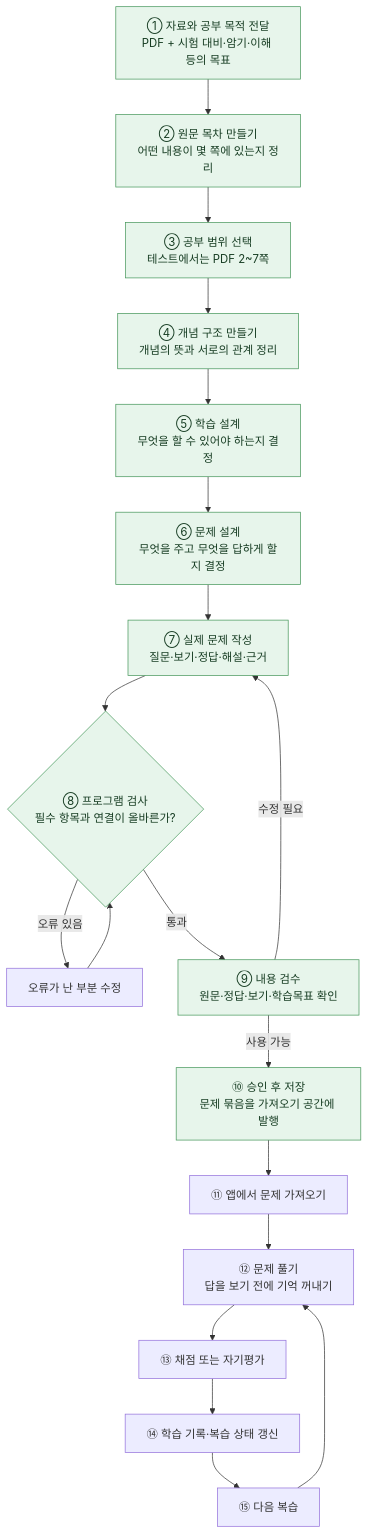
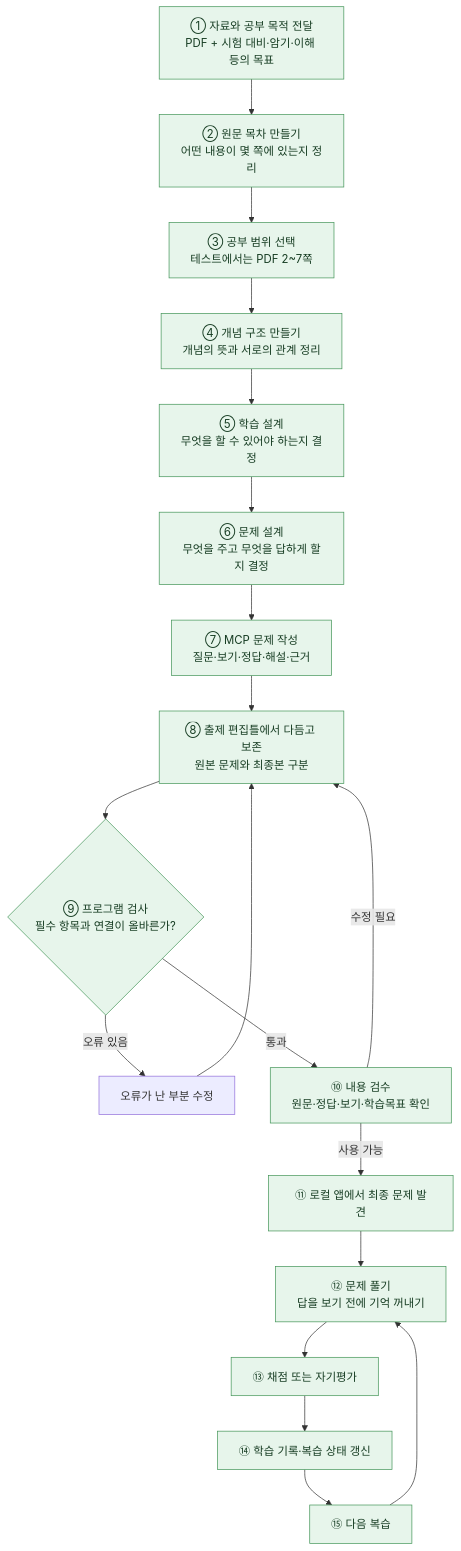
The diagram in docs/product-flow/README.md (starvvolf/EasyMemory), drawn with Mermaid before and after one commit. The commit also changed other lines of this file, not shown here.

Commit message:
docs: update verified local MCP product flow

````diff
--- a/docs/product-flow/README.md
+++ b/docs/product-flow/README.md
@@ -31,27 +33,27 @@
 ```mermaid
 flowchart TD
     A["① 자료와 공부 목적 전달<br/>PDF + 시험 대비·암기·이해 등의 목표"]
     B["② 원문 목차 만들기<br/>어떤 내용이 몇 쪽에 있는지 정리"]
     C["③ 공부 범위 선택<br/>테스트에서는 PDF 2~7쪽"]
     D["④ 개념 구조 만들기<br/>개념의 뜻과 서로의 관계 정리"]
     E["⑤ 학습 설계<br/>무엇을 할 수 있어야 하는지 결정"]
     F["⑥ 문제 설계<br/>무엇을 주고 무엇을 답하게 할지 결정"]
-    G["⑦ 실제 문제 작성<br/>질문·보기·정답·해설·근거"]
-    H{"⑧ 프로그램 검사<br/>필수 항목과 연결이 올바른가?"}
+    G["⑦ MCP 문제 작성<br/>질문·보기·정답·해설·근거"]
+    K["⑧ 출제 편집틀에서 다듬고 보존<br/>원본 문제와 최종본 구분"]
+    H{"⑨ 프로그램 검사<br/>필수 항목과 연결이 올바른가?"}
     I["오류가 난 부분 수정"]
-    J["⑨ 내용 검수<br/>원문·정답·보기·학습목표 확인"]
-    K["⑩ 승인 후 저장<br/>문제 묶음을 가져오기 공간에 발행"]
-    L["⑪ 앱에서 문제 가져오기"]
+    J["⑩ 내용 검수<br/>원문·정답·보기·학습목표 확인"]
+    L["⑪ 로컬 앱에서 최종 문제 발견"]
     M["⑫ 문제 풀기<br/>답을 보기 전에 기억 꺼내기"]
     N["⑬ 채점 또는 자기평가"]
     O["⑭ 학습 기록·복습 상태 갱신"]
     P["⑮ 다음 복습"]
-    A --> B --> C --> D --> E --> F --> G --> H
-    H -- 오류 있음 --> I --> H
+    A --> B --> C --> D --> E --> F --> G --> K --> H
+    H -- 오류 있음 --> I --> K
     H -- 통과 --> J
-    J -- 수정 필요 --> G
-    J -- 사용 가능 --> K --> L --> M --> N --> O --> P
+    J -- 수정 필요 --> K
+    J -- 사용 가능 --> L --> M --> N --> O --> P
     P --> M
     classDef done fill:#e7f5eb,stroke:#45965a,color:#173d23;
-    class A,B,C,D,E,F,G,H,J,K done;
+    class A,B,C,D,E,F,G,H,J,K,L,M,N,O,P done;
 ```
````
